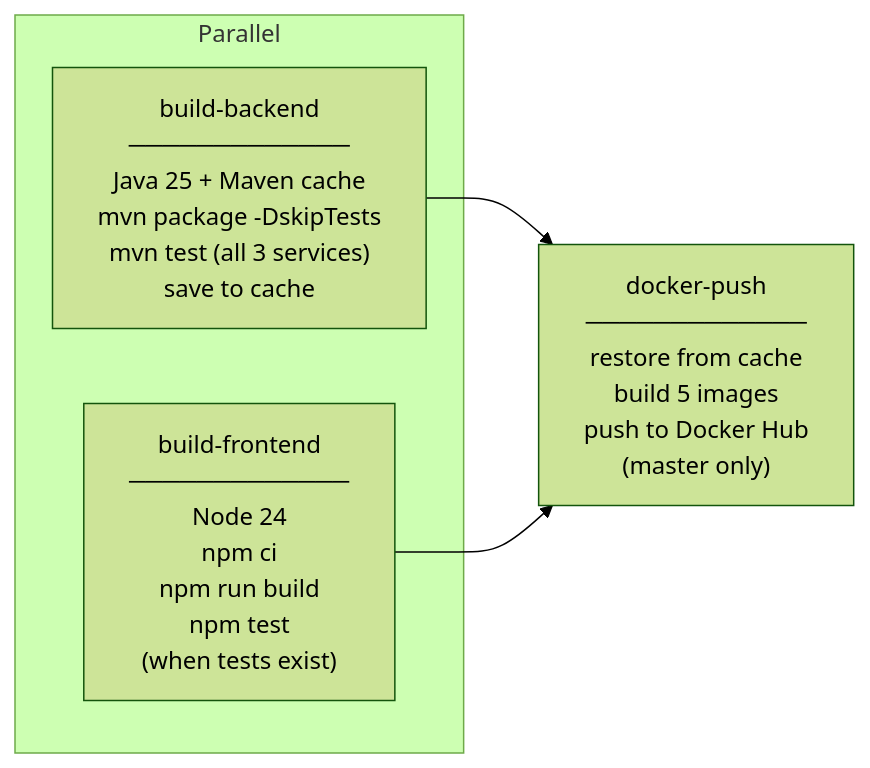
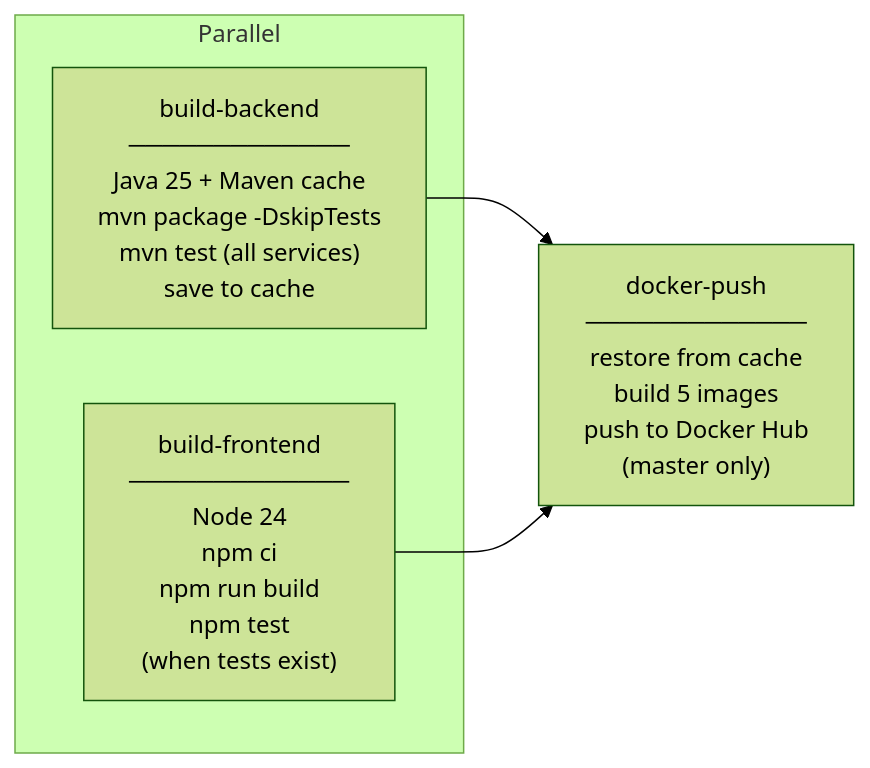
One commit to panryba/shopflow changed the second of 2 diagrams in README.md. Above: the diagram before and after it, drawn with Mermaid (forest theme). The commit also changed other lines of this file, not shown here.

Commit message:
Update README: add product-service tests, Testing row in Tech Stack

````diff
--- a/README.md
+++ b/README.md
@@ -464,12 +465,12 @@
 ```mermaid
 graph LR
     subgraph parallel["Parallel"]
-        B["build-backend<br/>─────────────<br/>Java 25 + Maven cache<br/>mvn package -DskipTests<br/>mvn test (all 3 services)<br/>save to cache"]
+        B["build-backend<br/>─────────────<br/>Java 25 + Maven cache<br/>mvn package -DskipTests<br/>mvn test (all services)<br/>save to cache"]
         F["build-frontend<br/>─────────────<br/>Node 24<br/>npm ci<br/>npm run build<br/>npm test<br/>(when tests exist)"]
     end
 
     D["docker-push<br/>─────────────<br/>restore from cache<br/>build 5 images<br/>push to Docker Hub<br/>(master only)"]
 
     B --> D
     F --> D
 ```
````
